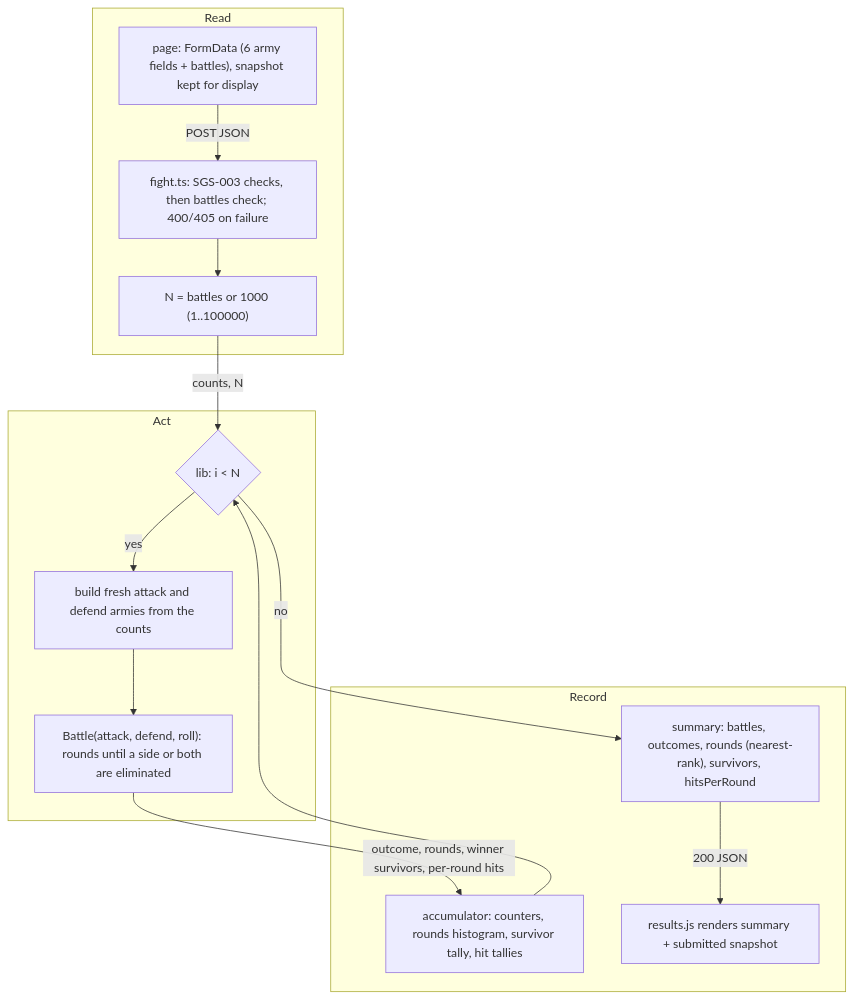
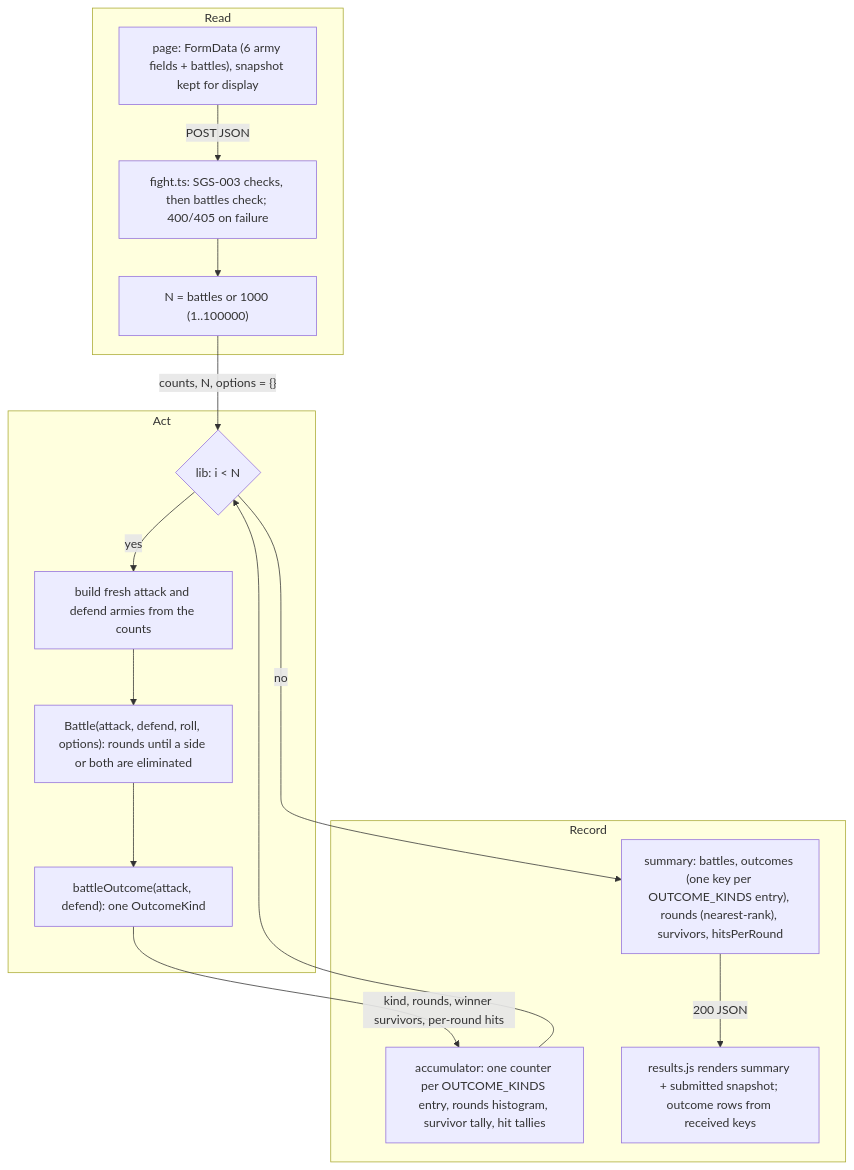
One commit to NicholasKChoi/WOTR_Combat_Simulator changed the diagram in projects/strategy-game-sim/tickets/SGS-005-n-battle-outcome-frequencies.md. Above: the diagram before and after it, drawn with Mermaid. The commit also changed other lines of this file and 7 other files, not shown here.

````diff
--- a/projects/strategy-game-sim/tickets/SGS-005-n-battle-outcome-frequencies.md
+++ b/projects/strategy-game-sim/tickets/SGS-005-n-battle-outcome-frequencies.md
@@ -175,18 +204,19 @@
 ```mermaid
 flowchart TD
   subgraph Read
     A["page: FormData (6 army fields + battles), snapshot kept for display"] -->|POST JSON| B["fight.ts: SGS-003 checks, then battles check; 400/405 on failure"]
     B --> C["N = battles or 1000 (1..100000)"]
   end
   subgraph Act
-    C -->|"counts, N"| D{"lib: i < N"}
+    C -->|"counts, N, options = {}"| D{"lib: i < N"}
     D -- yes --> E["build fresh attack and defend armies from the counts"]
-    E --> F["Battle(attack, defend, roll): rounds until a side or both are eliminated"]
+    E --> F["Battle(attack, defend, roll, options): rounds until a side or both are eliminated"]
+    F --> K["battleOutcome(attack, defend): one OutcomeKind"]
   end
   subgraph Record
-    F -->|"outcome, rounds, winner survivors, per-round hits"| G["accumulator: counters, rounds histogram, survivor tally, hit tallies"]
+    K -->|"kind, rounds, winner survivors, per-round hits"| G["accumulator: one counter per OUTCOME_KINDS entry, rounds histogram, survivor tally, hit tallies"]
     G --> D
-    D -- no --> H["summary: battles, outcomes, rounds (nearest-rank), survivors, hitsPerRound"]
-    H -->|"200 JSON"| I["results.js renders summary + submitted snapshot"]
+    D -- no --> H["summary: battles, outcomes (one key per OUTCOME_KINDS entry), rounds (nearest-rank), survivors, hitsPerRound"]
+    H -->|"200 JSON"| I["results.js renders summary + submitted snapshot; outcome rows from received keys"]
   end
 ```
````
